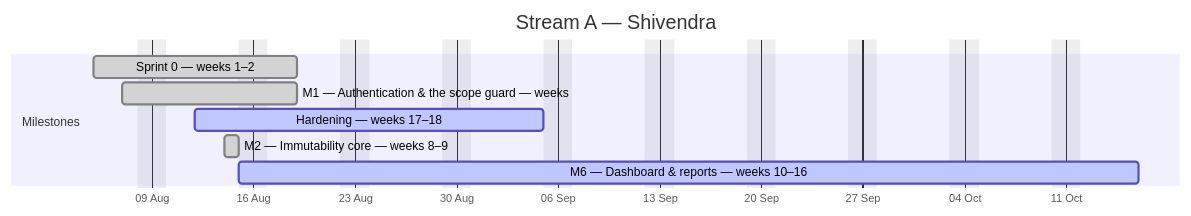
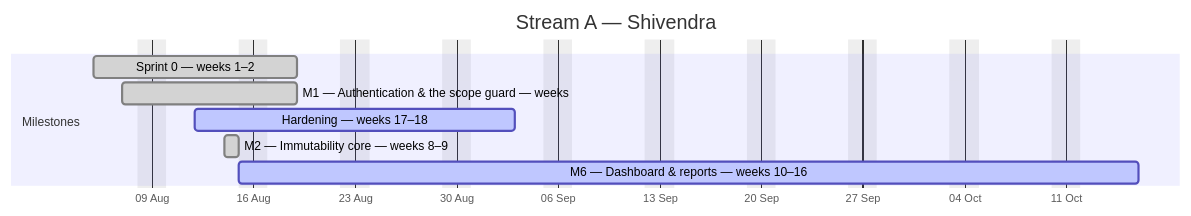
Before and after one commit to debashisedunext/EduTrack: the first of 4 diagrams in docs/plan/GANTT.md, drawn with Mermaid. The commit also changed other lines of this file and 3 other files, not shown here.

````diff
--- a/docs/plan/GANTT.md
+++ b/docs/plan/GANTT.md
@@ -111,13 +111,13 @@
 ```mermaid
 gantt
     dateFormat YYYY-MM-DD
     axisFormat %d %b
     title Stream A — Shivendra
     excludes weekends
     section Milestones
     Sprint 0 — weeks 1–2 :done, a0, 2026-08-05, 10d
     M1 — Authentication & the scope guard — weeks :done, a1, 2026-08-07, 8d
-    Hardening — weeks 17–18 :active, a2, 2026-08-12, 18d
+    Hardening — weeks 17–18 :active, a2, 2026-08-12, 16d
     M2 — Immutability core — weeks 8–9 :done, a3, 2026-08-14, 1d
     M6 — Dashboard & reports — weeks 10–16 :active, a4, 2026-08-15, 45d
 ```
````
